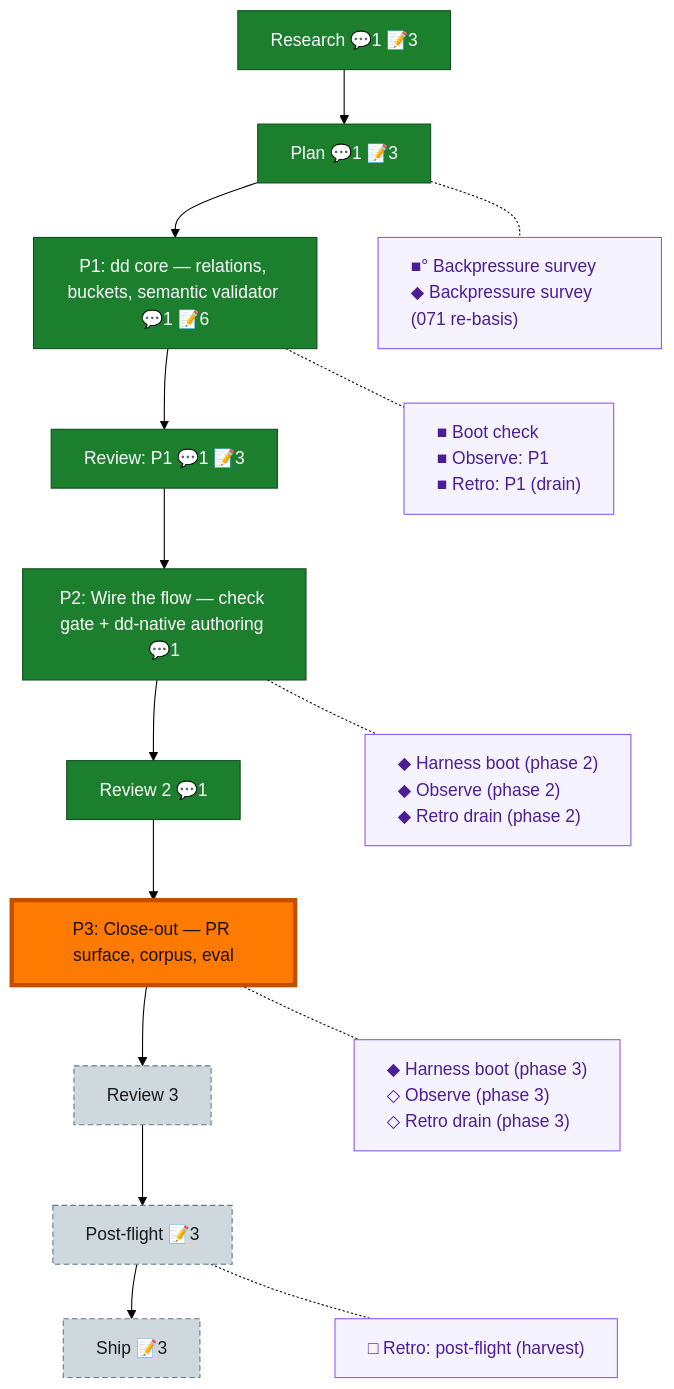
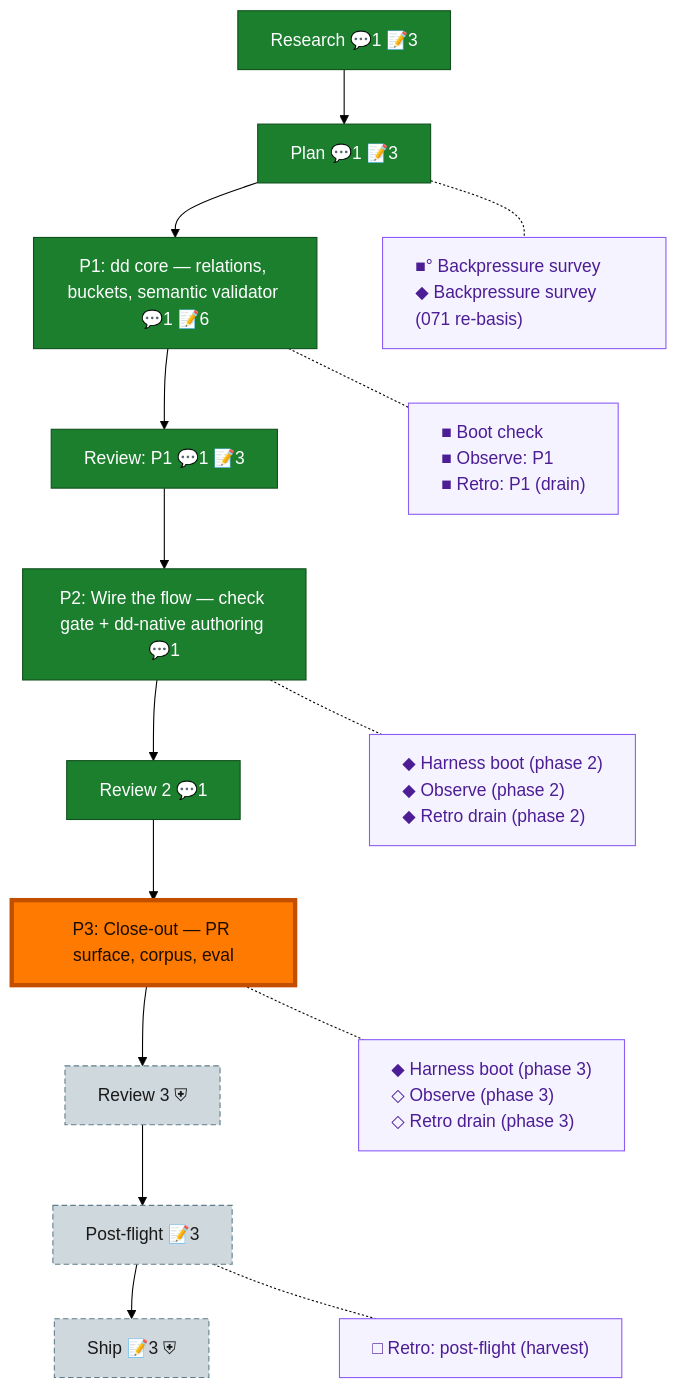
Before and after one commit to AI-Substrate/harness-engineering: the diagram in docs/plans/071-dd-native-builder/the-flow.md, drawn with Mermaid (forest theme). The commit also changed other lines of this file and 9 other files, not shown here.

````diff
--- a/docs/plans/071-dd-native-builder/the-flow.md
+++ b/docs/plans/071-dd-native-builder/the-flow.md
@@ -8,38 +8,38 @@
 ```mermaid
 flowchart TD
     research["Research 💬1 📝3"]:::done
     plan["Plan 💬1 📝3"]:::done
     phase_1["P1: dd core — relations, buckets, semantic validator 💬1 📝6"]:::done
     review_1["Review: P1 💬1 📝3"]:::done
     phase_2["P2: Wire the flow — check gate + dd-native authoring 💬1"]:::done
     review_2["Review 2 💬1"]:::done
     phase_3["P3: Close-out — PR surface, corpus, eval"]:::known
-    review_3["Review 3"]:::assumed
+    review_3["Review 3 ⛨"]:::assumed
     post_flight["Post-flight 📝3"]:::assumed
-    ship["Ship 📝3"]:::assumed
+    ship["Ship 📝3 ⛨"]:::assumed
 
     research --> plan --> phase_1 --> review_1 --> phase_2 --> review_2 --> phase_3 --> review_3 --> post_flight --> ship
 
     planC["■° Backpressure survey<br/>◆ Backpressure survey (071 re-basis)"]:::chore
     phase_1C["■ Boot check<br/>■ Observe: P1<br/>■ Retro: P1 (drain)"]:::chore
     phase_2C["◆ Harness boot (phase 2)<br/>◆ Observe (phase 2)<br/>◆ Retro drain (phase 2)"]:::chore
     phase_3C["◆ Harness boot (phase 3)<br/>◇ Observe (phase 3)<br/>◇ Retro drain (phase 3)"]:::chore
     post_flightC["□ Retro: post-flight (harvest)"]:::chore
 
     %% invisible chain holds the gutter boxes in their own column
     planC ~~~ phase_1C ~~~ phase_2C ~~~ phase_3C ~~~ post_flightC
 
     %% dotted links pull each gutter box beside its node
     plan -.- planC
     phase_1 -.- phase_1C
     phase_2 -.- phase_2C
     phase_3 -.- phase_3C
     post_flight -.- post_flightC
 
     classDef done fill:#1B7F2E,stroke:#0F4F1B,color:#fff;
     classDef known fill:#1E73E8,stroke:#0D3F86,color:#fff;
     classDef assumed fill:#CFD8DC,stroke:#607D8B,color:#1a1a1a,stroke-dasharray:5 3;
     classDef chore fill:#f5f3ff,stroke:#8b5cf6,color:#4c1d95,text-align:left;
     classDef current fill:#FF7A00,stroke:#C24E00,color:#1a0e00,stroke-width:4px;
     class phase_3 current;
 ```
````
